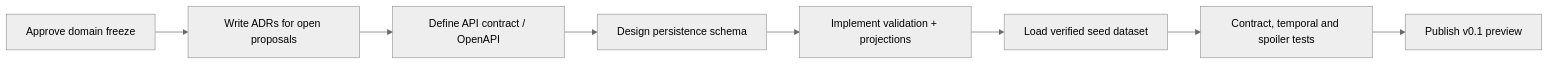
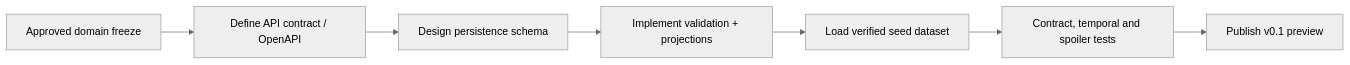
Before and after one commit to DenDenAPI/denden-api: the diagram in specs/v0.1-scope.md, drawn with Mermaid (neutral theme). The commit also changed other lines of this file and 6 other files, not shown here.

Commit message:
docs: freeze v0.1 domain decisions (#6)

````diff
--- a/specs/v0.1-scope.md
+++ b/specs/v0.1-scope.md
@@ -103,10 +105,9 @@
 ```mermaid
 flowchart LR
-    A[Approve domain freeze] --> B[Write ADRs for open proposals]
-    B --> C[Define API contract / OpenAPI]
-    C --> D[Design persistence schema]
-    D --> E[Implement validation + projections]
-    E --> F[Load verified seed dataset]
-    F --> G[Contract, temporal and spoiler tests]
-    G --> H[Publish v0.1 preview]
+    A[Approved domain freeze] --> B[Define API contract / OpenAPI]
+    B --> C[Design persistence schema]
+    C --> D[Implement validation + projections]
+    D --> E[Load verified seed dataset]
+    E --> F[Contract, temporal and spoiler tests]
+    F --> G[Publish v0.1 preview]
 ```
````
